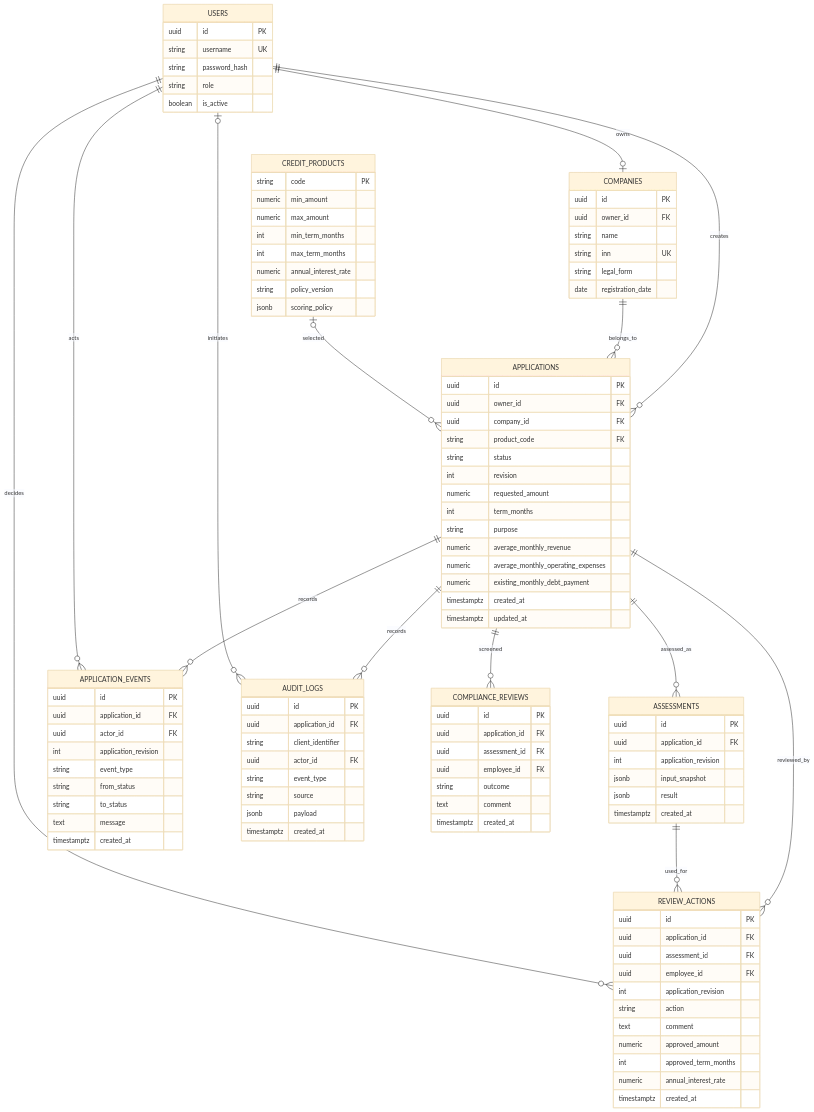
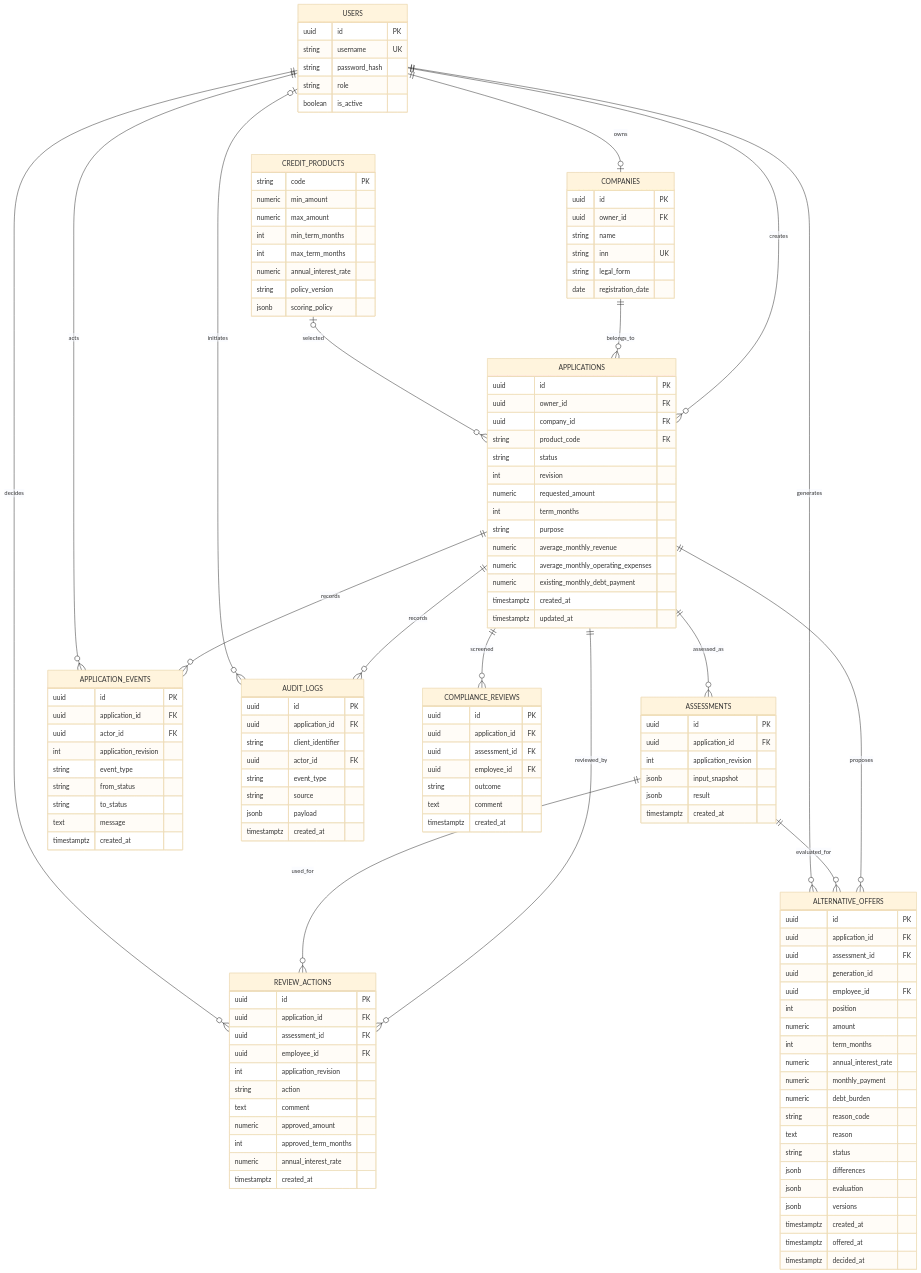
One commit to ttsbtw/McDonald_AlfaHackathon changed the second of 2 diagrams in backend/docs/architecture.md. Above: the diagram before and after it, drawn with Mermaid (base theme). The commit also changed other lines of this file and 2 other files, not shown here.

Commit message:
docs: describe alternative conditions flow

````diff
--- a/backend/docs/architecture.md
+++ b/backend/docs/architecture.md
@@ -30,8 +33,11 @@
     APPLICATIONS ||--o{ AUDIT_LOGS : records
     APPLICATIONS ||--o{ COMPLIANCE_REVIEWS : screened
     APPLICATIONS ||--o{ REVIEW_ACTIONS : reviewed_by
+    APPLICATIONS ||--o{ ALTERNATIVE_OFFERS : proposes
     ASSESSMENTS ||--o{ REVIEW_ACTIONS : used_for
+    ASSESSMENTS ||--o{ ALTERNATIVE_OFFERS : evaluated_for
     USERS ||--o{ REVIEW_ACTIONS : decides
+    USERS ||--o{ ALTERNATIVE_OFFERS : generates
     USERS ||--o{ APPLICATION_EVENTS : acts
     USERS o|--o{ AUDIT_LOGS : initiates
     USERS {
@@ -126,4 +132,26 @@
         text comment
         timestamptz created_at
     }
+    ALTERNATIVE_OFFERS {
+        uuid id PK
+        uuid application_id FK
+        uuid assessment_id FK
+        uuid generation_id
+        uuid employee_id FK
+        int position
+        numeric amount
+        int term_months
+        numeric annual_interest_rate
+        numeric monthly_payment
+        numeric debt_burden
+        string reason_code
+        text reason
+        string status
+        jsonb differences
+        jsonb evaluation
+        jsonb versions
+        timestamptz created_at
+        timestamptz offered_at
+        timestamptz decided_at
+    }
 ```
````
